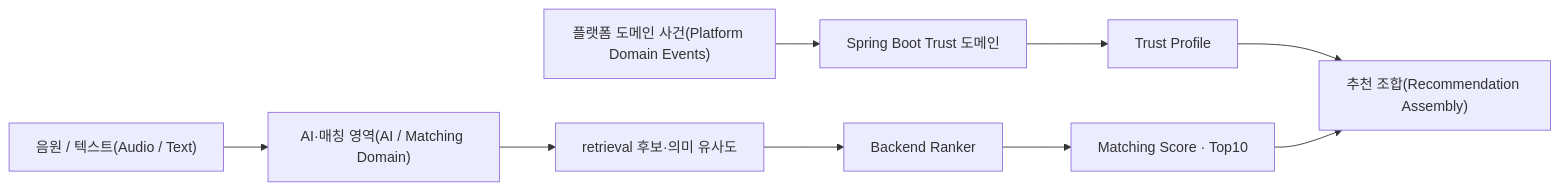
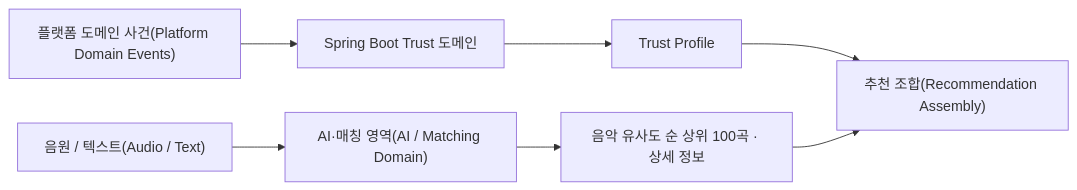
Before and after one commit to nsuCapstoneTeam/NSU_CAPSTONE: the fourth of 4 diagrams in docs/adr/artist_trust_architecture/06_database_and_implementation_roadmap.md, drawn with Mermaid. The commit also changed other lines of this file and 7 other files, not shown here.

````diff
--- a/docs/adr/artist_trust_architecture/06_database_and_implementation_roadmap.md
+++ b/docs/adr/artist_trust_architecture/06_database_and_implementation_roadmap.md
@@ -556,15 +581,13 @@
 ```mermaid
 flowchart LR
     Platform["플랫폼 도메인 사건(Platform Domain Events)"]
     Platform --> Spring["Spring Boot Trust 도메인"]
     Spring --> Trust["Trust Profile"]
 
     Audio["음원 / 텍스트(Audio / Text)"]
     Audio --> AI["AI·매칭 영역(AI / Matching Domain)"]
-    AI --> Retrieval["retrieval 후보·의미 유사도"]
-    Retrieval --> Ranker["Backend Ranker"]
-    Ranker --> Fit["Matching Score · Top10"]
+    AI --> Ranked["음악 유사도 순 상위 100곡 · 상세 정보"]
 
     Trust --> Recommendation["추천 조합(Recommendation Assembly)"]
-    Fit --> Recommendation
+    Ranked --> Recommendation
 ```
````
